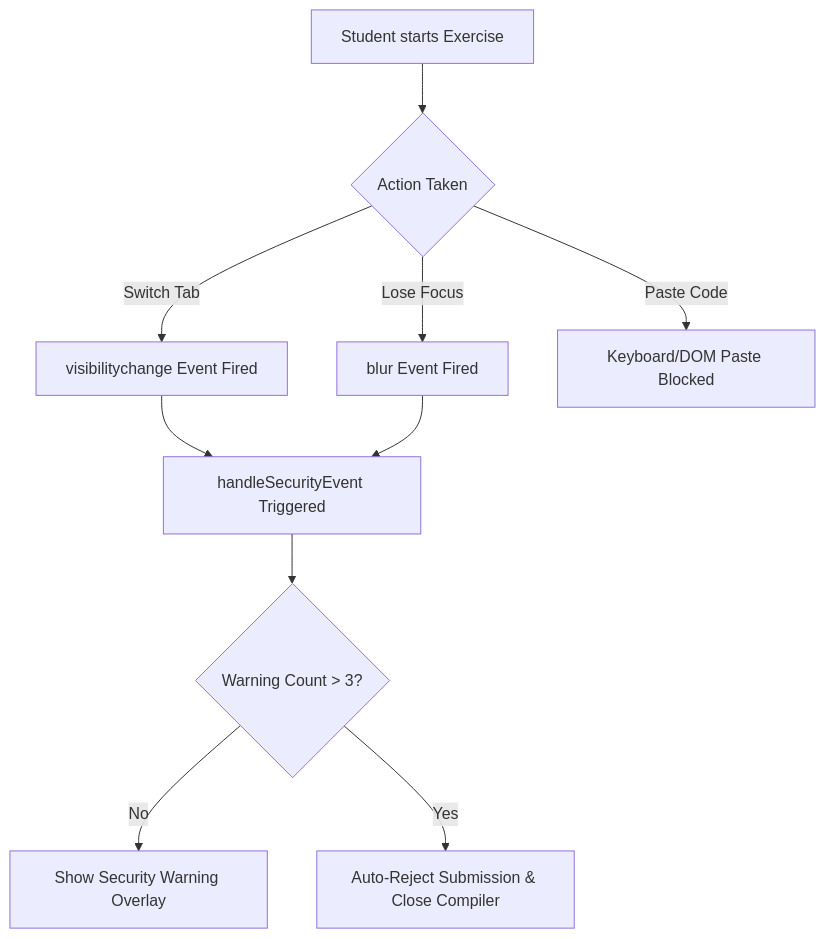
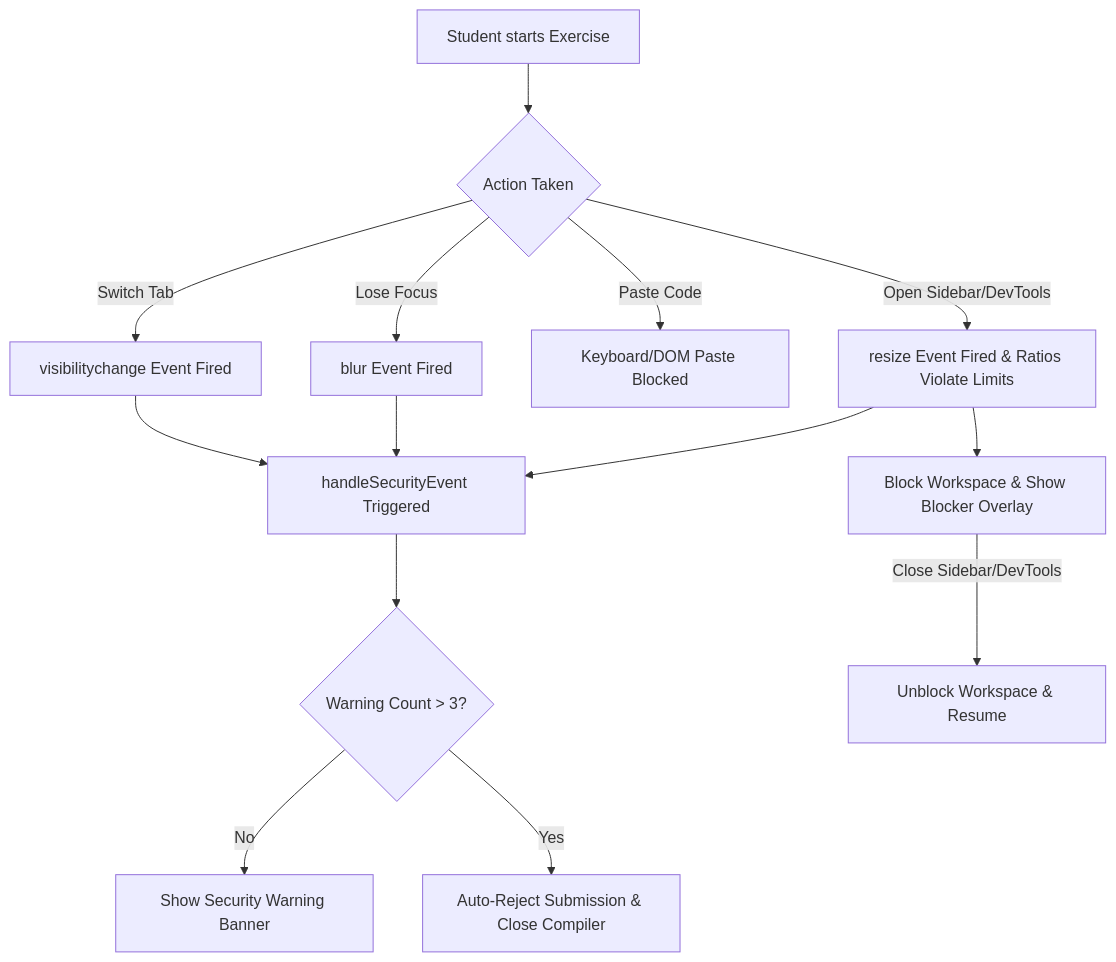
One commit to suyash-rgb/JS-Mentor changed diagram 13 of 14 in README.md. Above: the diagram before and after it, drawn with Mermaid. The commit also changed other lines of this file and 1 other file, not shown here.

Commit message:
feat: implement sidebar and devtools detection and recovery in anti-cheat engine

````diff
--- a/README.md
+++ b/README.md
@@ -425,14 +425,19 @@
 ```mermaid
 flowchart TD
     A[Student starts Exercise] --> B{Action Taken}
     B -- Switch Tab --> C[visibilitychange Event Fired]
     B -- Lose Focus --> D[blur Event Fired]
     B -- Paste Code --> E[Keyboard/DOM Paste Blocked]
+    B -- Open Sidebar/DevTools --> K[resize Event Fired & Ratios Violate Limits]
     
     C --> F[handleSecurityEvent Triggered]
     D --> F
+    K --> F
+    K --> J[Block Workspace & Show Blocker Overlay]
     
     F --> G{Warning Count > 3?}
-    G -- No --> H[Show Security Warning Overlay]
+    G -- No --> H[Show Security Warning Banner]
     G -- Yes --> I[Auto-Reject Submission & Close Compiler]
+    
+    J -- Close Sidebar/DevTools --> L[Unblock Workspace & Resume]
 ```
````
